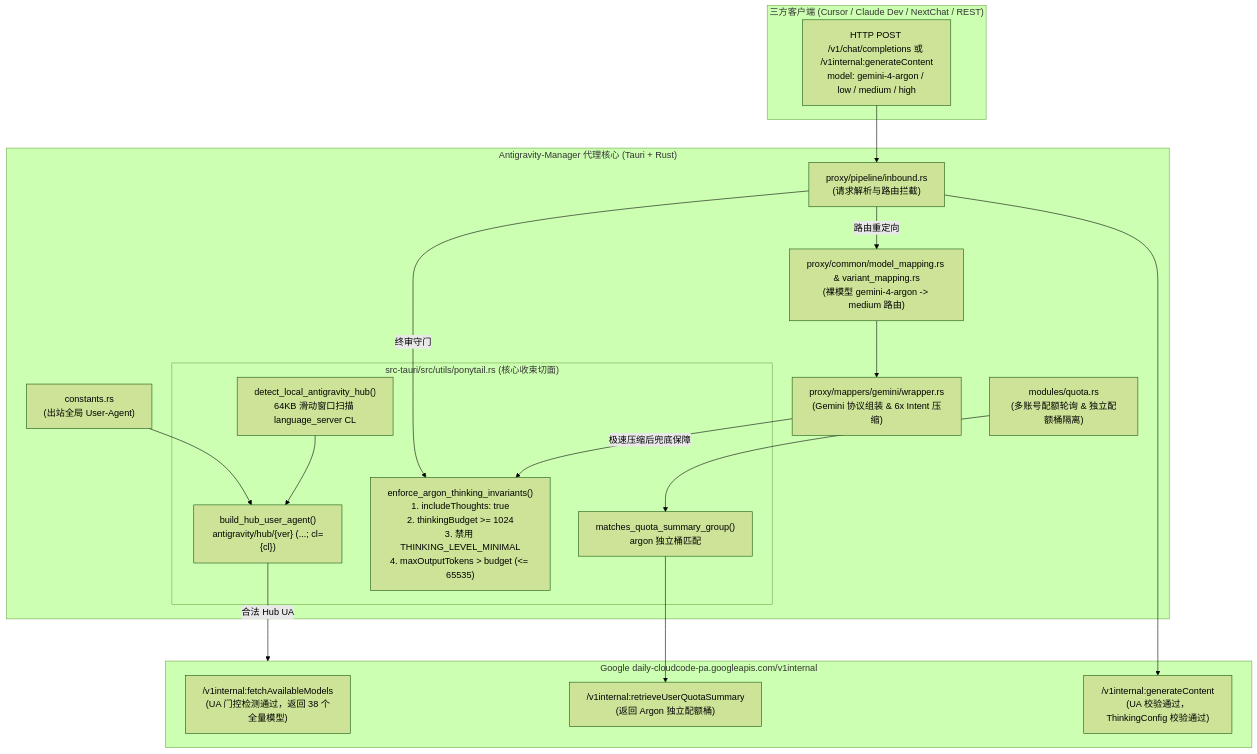
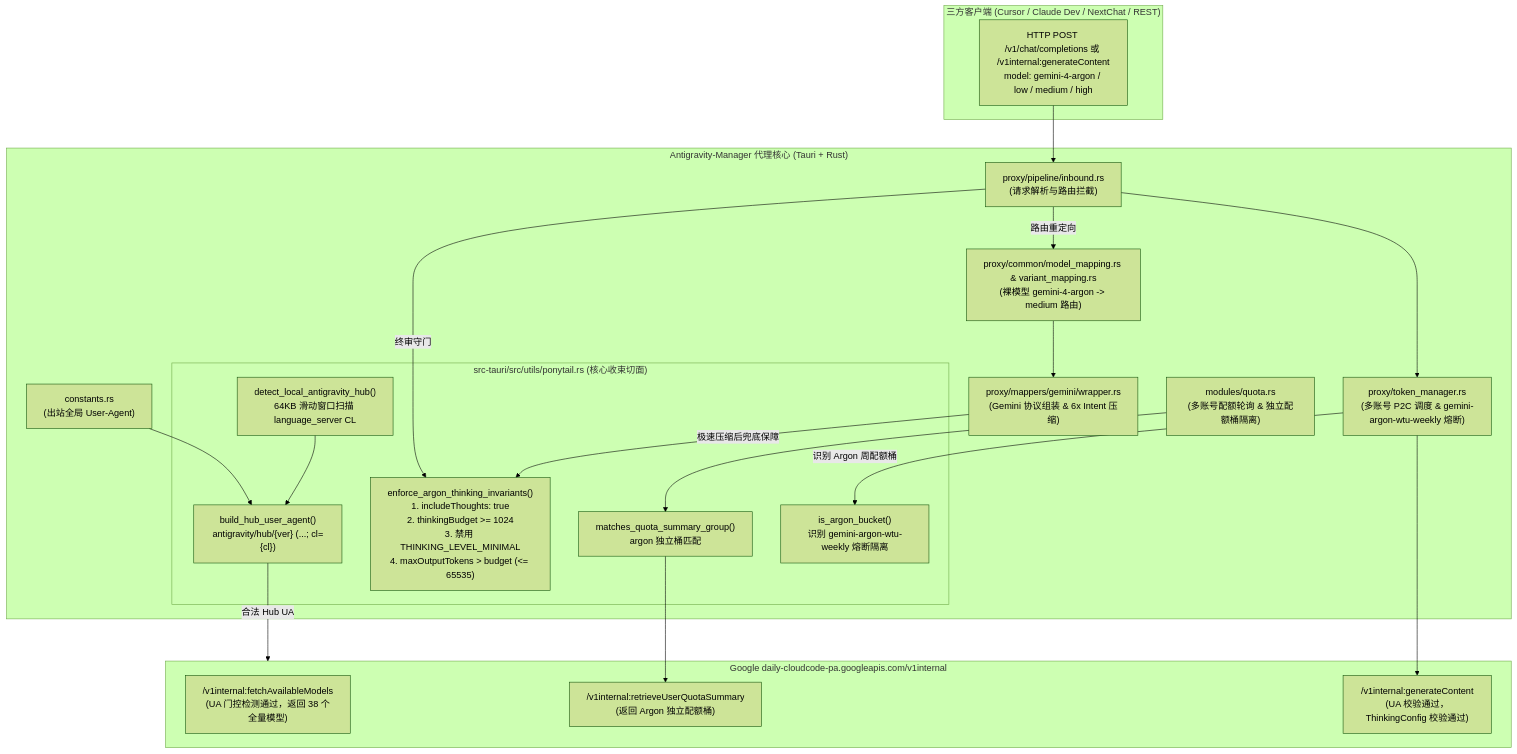
Before and after one commit to zhiyoung2024/Antigravity-Manager-Gemini-4-Argon: the diagram in README.md, drawn with Mermaid (forest theme). The commit also changed other lines of this file and 13 other files, not shown here.

Commit message:
feat: integrate risk control hardening and 4th Gemini 4 Argon quota display alignment

````diff
--- a/README.md
+++ b/README.md
@@ -71,39 +101,43 @@
 ```mermaid
 flowchart TD
     subgraph Client ["三方客户端 (Cursor / Claude Dev / NextChat / REST)"]
         Req["HTTP POST /v1/chat/completions 或 /v1internal:generateContent\nmodel: gemini-4-argon / low / medium / high"]
     end
 
     subgraph Gateway ["Antigravity-Manager 代理核心 (Tauri + Rust)"]
         Inbound["proxy/pipeline/inbound.rs\n(请求解析与路由拦截)"]
         ModelMap["proxy/common/model_mapping.rs & variant_mapping.rs\n(裸模型 gemini-4-argon -> medium 路由)"]
         Wrapper["proxy/mappers/gemini/wrapper.rs\n(Gemini 协议组装 & 6x Intent 压缩)"]
+        TokenMgr["proxy/token_manager.rs\n(多账号 P2C 调度 & gemini-argon-wtu-weekly 熔断)"]
         Quota["modules/quota.rs\n(多账号配额轮询 & 独立配额桶隔离)"]
         Const["constants.rs\n(出站全局 User-Agent)"]
         
         subgraph PonytailModule ["src-tauri/src/utils/ponytail.rs (核心收束切面)"]
             Detect["detect_local_antigravity_hub()\n64KB 滑动窗口扫描 language_server CL"]
             BuildUA["build_hub_user_agent()\nantigravity/hub/{ver} (...; cl={cl})"]
             Gatekeeper["enforce_argon_thinking_invariants()\n1. includeThoughts: true\n2. thinkingBudget >= 1024\n3. 禁用 THINKING_LEVEL_MINIMAL\n4. maxOutputTokens > budget (<= 65535)"]
             MatchQuota["matches_quota_summary_group()\nargon 独立桶匹配"]
+            MatchBucket["is_argon_bucket()\n识别 gemini-argon-wtu-weekly 熔断隔离"]
         end
     end
 
     subgraph Upstream ["Google daily-cloudcode-pa.googleapis.com/v1internal"]
         G_Fetch["/v1internal:fetchAvailableModels\n(UA 门控检测通过，返回 38 个全量模型)"]
         G_Quota["/v1internal:retrieveUserQuotaSummary\n(返回 Argon 独立配额桶)"]
         G_Gen["/v1internal:generateContent\n(UA 校验通过，ThinkingConfig 校验通过)"]
     end
 
     Req --> Inbound
     Inbound -->|路由重定向| ModelMap
     Inbound -->|终审守门| Gatekeeper
     ModelMap --> Wrapper
     Wrapper -->|极速压缩后兜底保障| Gatekeeper
+    Inbound --> TokenMgr
+    TokenMgr -->|识别 Argon 周配额桶| MatchBucket
     Const --> BuildUA
     Detect --> BuildUA
     BuildUA -->|合法 Hub UA| Upstream
     Quota --> MatchQuota
     MatchQuota --> G_Quota
-    Inbound --> G_Gen
+    TokenMgr --> G_Gen
 ```
````
